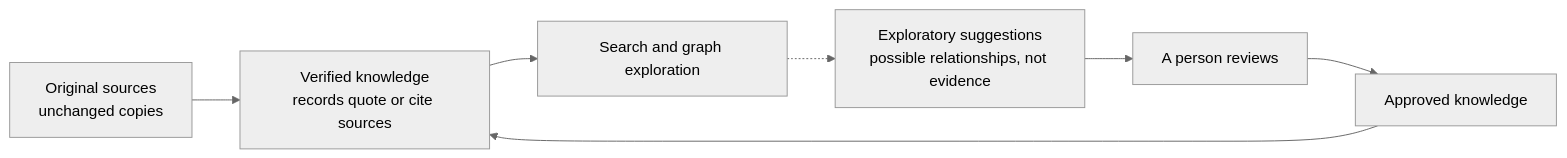
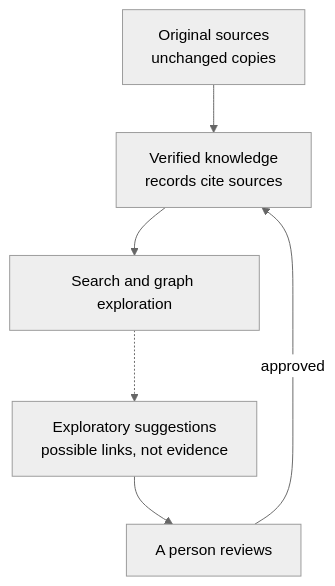
One commit to lmguerrini/nous-os changed the diagram in README.md. Above: the diagram before and after it, drawn with Mermaid (neutral theme).

Commit message:
docs(readme): draw the How it works diagram from top to bottom
- Stack the five boxes so the labels stay readable at page and phone width.
- Label the return path from review as approved; the meaning is unchanged.

````diff
--- a/README.md
+++ b/README.md
@@ -114,9 +114,8 @@
 ```mermaid
-flowchart LR
-    S["Original sources<br>unchanged copies"] --> K["Verified knowledge<br>records quote or cite sources"]
+flowchart TD
+    S["Original sources<br>unchanged copies"] --> K["Verified knowledge<br>records cite sources"]
     K --> X["Search and graph exploration"]
-    X -.-> P["Exploratory suggestions<br>possible relationships, not evidence"]
+    X -.-> P["Exploratory suggestions<br>possible links, not evidence"]
     P --> H["A person reviews"]
-    H --> A["Approved knowledge"]
-    A --> K
+    H -->|"approved"| K
 ```
````
